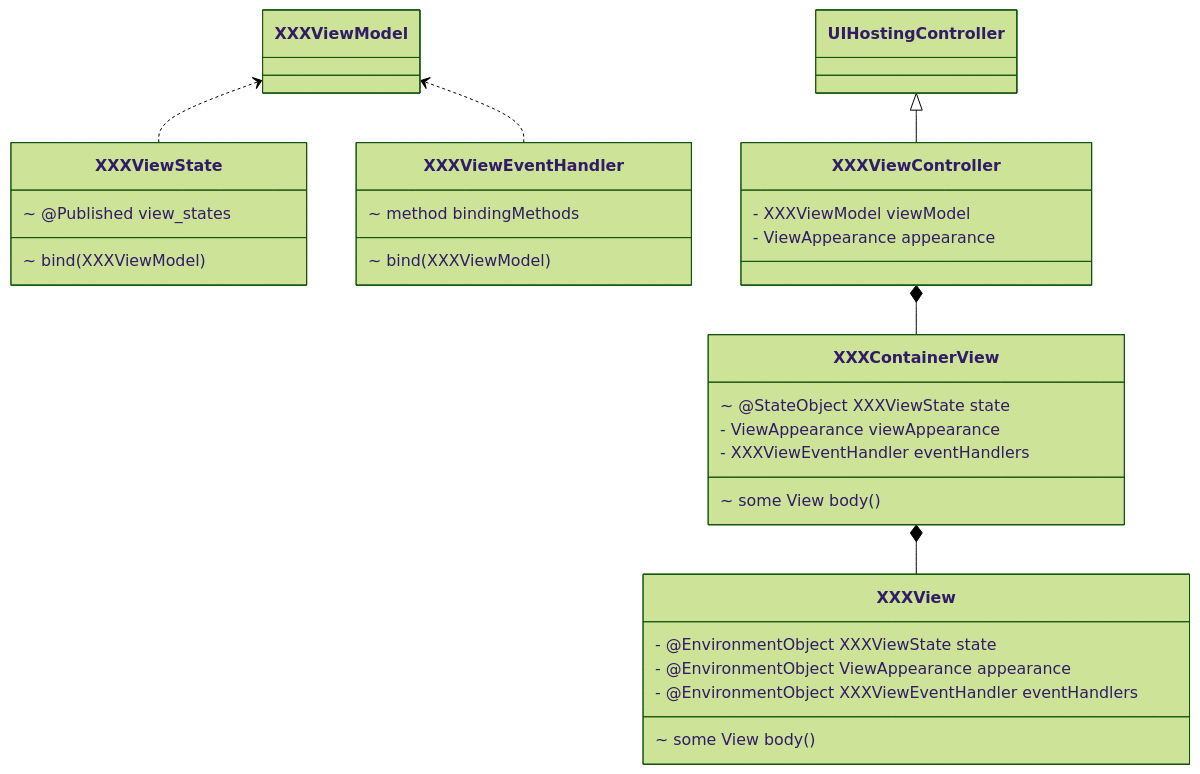
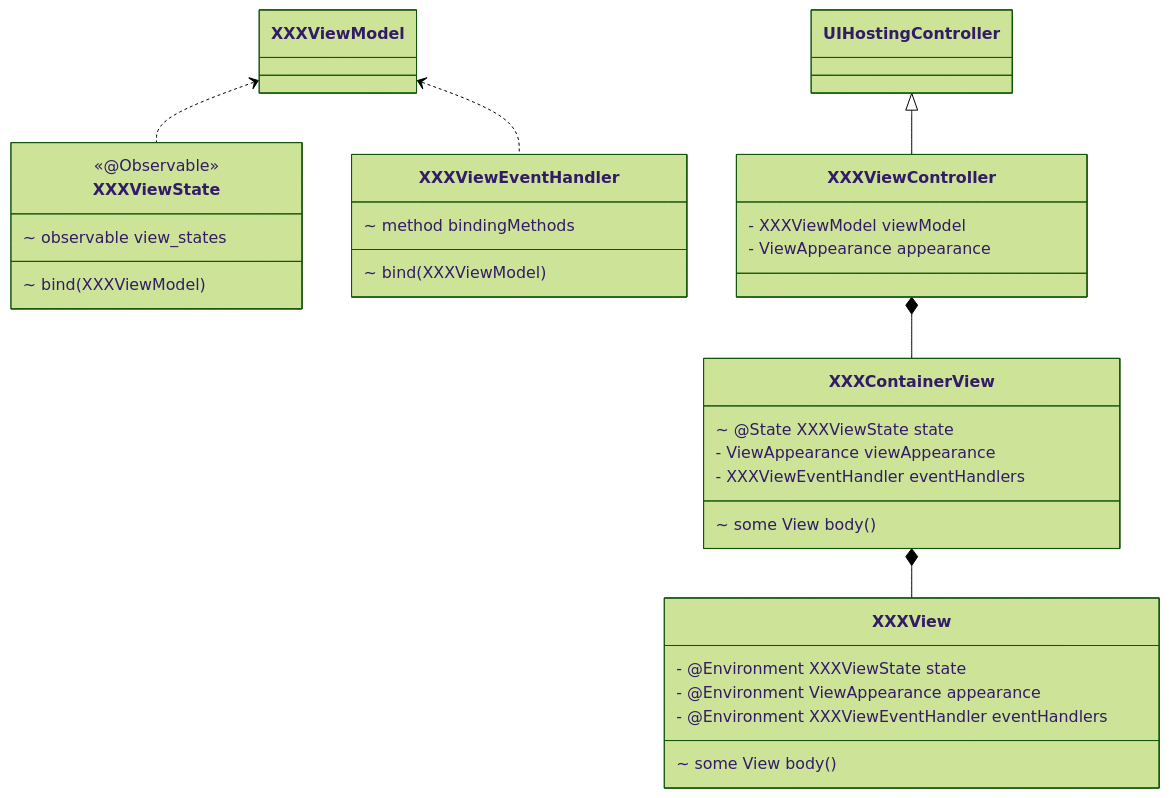
The second of 9 diagrams in docs/화면단위구조.md (sudopark/TodoCalendar), drawn with Mermaid (forest theme) before and after one commit. The commit also changed other lines of this file and 14 other files, not shown here.

````diff
--- a/docs/화면단위구조.md
+++ b/docs/화면단위구조.md
@@ -82,33 +83,34 @@
 ```mermaid
 classDiagram
     XXXContainerView *-- XXXView
     XXXViewModel <.. XXXViewState
     XXXViewModel <.. XXXViewEventHandler
     UIHostingController <|-- XXXViewController
     XXXViewController *-- XXXContainerView
     class XXXContainerView{
-        ~ @StateObject XXXViewState state
+        ~ @State XXXViewState state
         - ViewAppearance viewAppearance
         - XXXViewEventHandler eventHandlers
         ~ some View body()
     }
     class XXXView{
-        - @EnvironmentObject XXXViewState state
-        - @EnvironmentObject ViewAppearance appearance
-        - @EnvironmentObject XXXViewEventHandler eventHandlers
+        - @Environment XXXViewState state
+        - @Environment ViewAppearance appearance
+        - @Environment XXXViewEventHandler eventHandlers
         ~ some View body()
     }
     class XXXViewState{
-        ~ @Published view_states 
+        <<@Observable>>
+        ~ observable view_states
         ~ bind(XXXViewModel)
     }
     class XXXViewEventHandler{
         ~ method bindingMethods
         ~ bind(XXXViewModel)
     }
     class XXXViewController{
         - XXXViewModel viewModel
         - ViewAppearance appearance
     }
 
 ```
````
